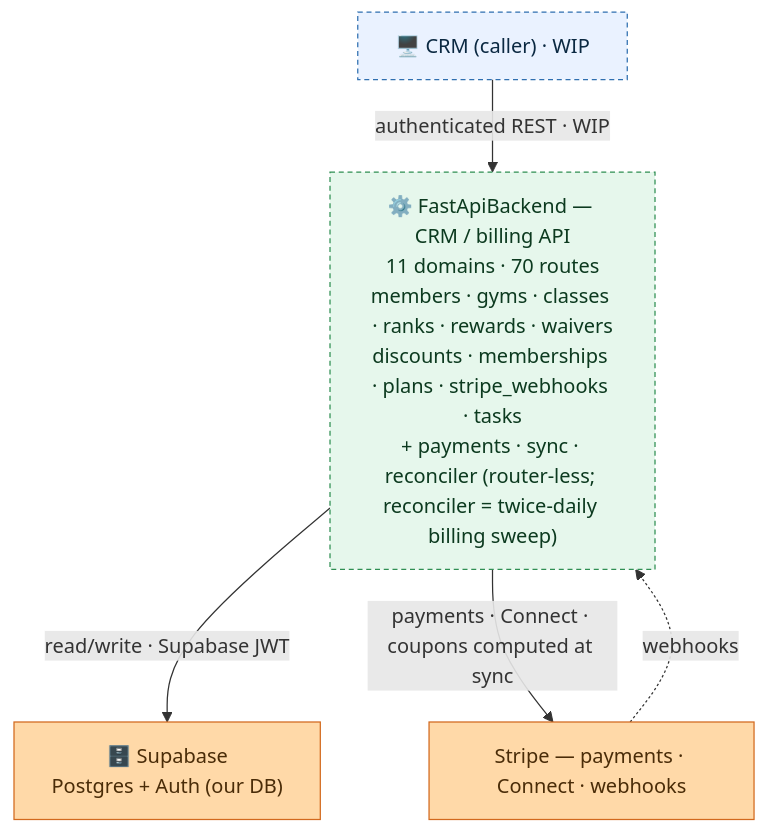
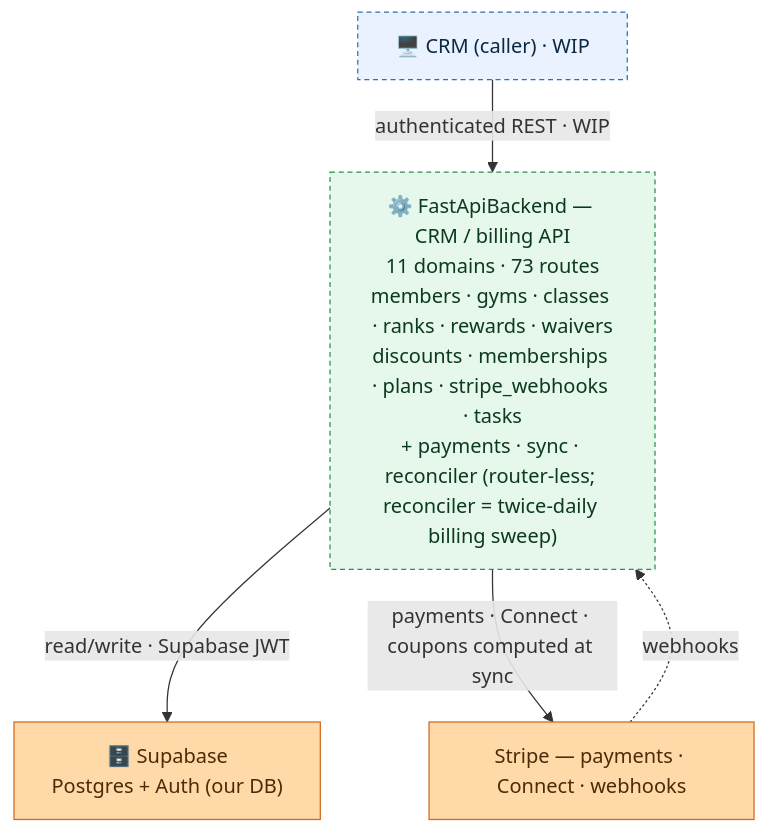
The diagram in FastApiBackend/README.md (jesse51002/CombatDen), drawn with Mermaid before and after one commit. The commit also changed other lines of this file and 53 other files, not shown here.

````diff
--- a/FastApiBackend/README.md
+++ b/FastApiBackend/README.md
@@ -15,19 +15,19 @@
 ```mermaid
 flowchart TB
   CRM["🖥️ CRM (caller) · WIP"]
-  FB["⚙️ FastApiBackend — CRM / billing API<br/>11 domains · 70 routes<br/>members · gyms · classes · ranks · rewards · waivers<br/>discounts · memberships · plans · stripe_webhooks · tasks<br/>+ payments · sync · reconciler (router-less; reconciler = twice-daily billing sweep)"]
+  FB["⚙️ FastApiBackend — CRM / billing API<br/>11 domains · 73 routes<br/>members · gyms · classes · ranks · rewards · waivers<br/>discounts · memberships · plans · stripe_webhooks · tasks<br/>+ payments · sync · reconciler (router-less; reconciler = twice-daily billing sweep)"]
   Supabase["🗄️ Supabase<br/>Postgres + Auth (our DB)"]
   Stripe["Stripe — payments · Connect · webhooks"]
   CRM -->|"authenticated REST · WIP"| FB
   FB -->|"read/write · Supabase JWT"| Supabase
   FB -->|"payments · Connect · coupons computed at sync"| Stripe
   Stripe -.->|"webhooks"| FB
   classDef client fill:#eaf2ff,stroke:#2f6fb0,color:#0b2942;
   classDef svc fill:#e6f7ec,stroke:#2f8f53,color:#0c3a1f;
   classDef ext fill:#ffd9a8,stroke:#d2691e,color:#4a2c08;
   class CRM client;
   class FB svc;
   class Supabase,Stripe ext;
   style CRM stroke-dasharray:4 3;
   style FB stroke-dasharray:4 3;
 ```
````
